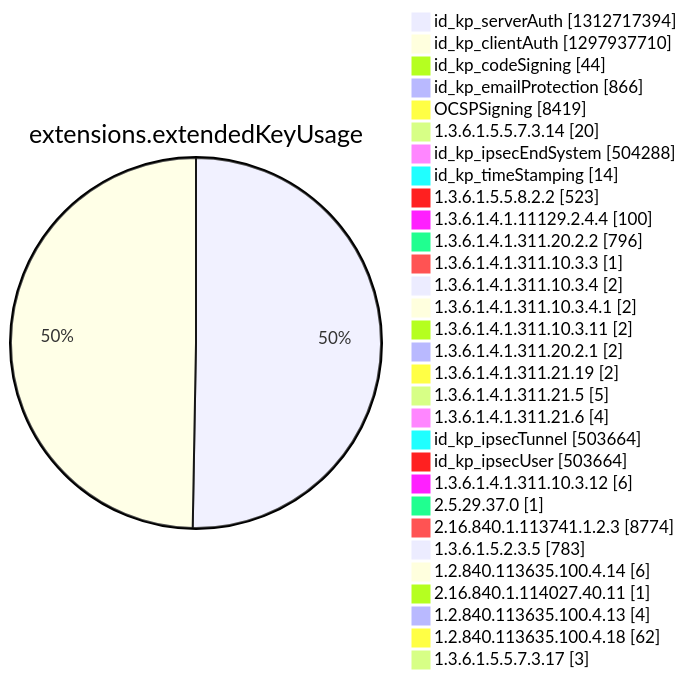
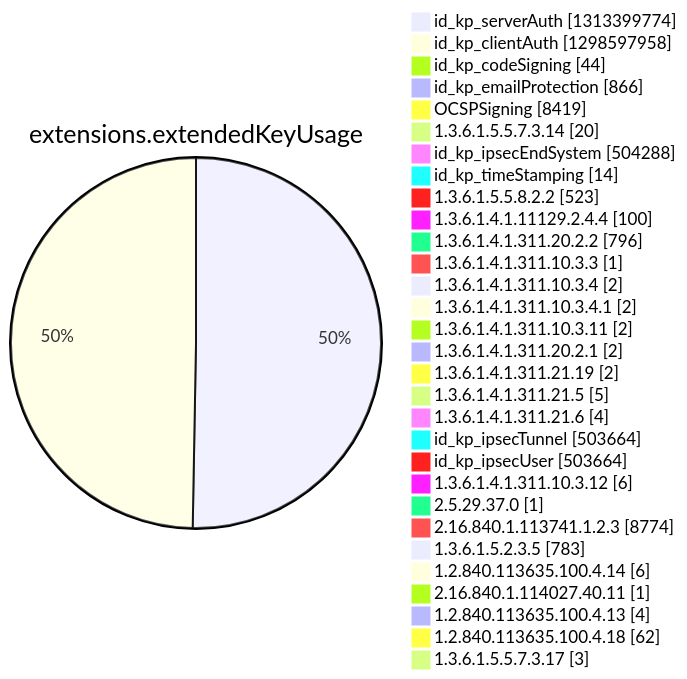
Before and after one commit to christiankrug/ctmonitor_visualization: diagram 12 of 15 in argon2022/README.md, drawn with Mermaid. The commit also changed other lines of this file, not shown here.

````diff
--- a/argon2022/README.md
+++ b/argon2022/README.md
@@ -3552,34 +3552,34 @@
 ```mermaid
 pie showData
 title extensions.extendedKeyUsage
-"id_kp_serverAuth" :1312717394
-"id_kp_clientAuth" :1297937710
+"id_kp_serverAuth" :1313399774
+"id_kp_clientAuth" :1298597958
 "id_kp_codeSigning" :44
 "id_kp_emailProtection" :866
 "OCSPSigning" :8419
 "1.3.6.1.5.5.7.3.14" :20
 "id_kp_ipsecEndSystem" :504288
 "id_kp_timeStamping" :14
 "1.3.6.1.5.5.8.2.2" :523
 "1.3.6.1.4.1.11129.2.4.4" :100
 "1.3.6.1.4.1.311.20.2.2" :796
 "1.3.6.1.4.1.311.10.3.3" :1
 "1.3.6.1.4.1.311.10.3.4" :2
 "1.3.6.1.4.1.311.10.3.4.1" :2
 "1.3.6.1.4.1.311.10.3.11" :2
 "1.3.6.1.4.1.311.20.2.1" :2
 "1.3.6.1.4.1.311.21.19" :2
 "1.3.6.1.4.1.311.21.5" :5
 "1.3.6.1.4.1.311.21.6" :4
 "id_kp_ipsecTunnel" :503664
 "id_kp_ipsecUser" :503664
 "1.3.6.1.4.1.311.10.3.12" :6
 "2.5.29.37.0" :1
 "2.16.840.1.113741.1.2.3" :8774
 "1.3.6.1.5.2.3.5" :783
 "1.2.840.113635.100.4.14" :6
 "2.16.840.1.114027.40.11" :1
 "1.2.840.113635.100.4.13" :4
 "1.2.840.113635.100.4.18" :62
 "1.3.6.1.5.5.7.3.17" :3
 ```
````
